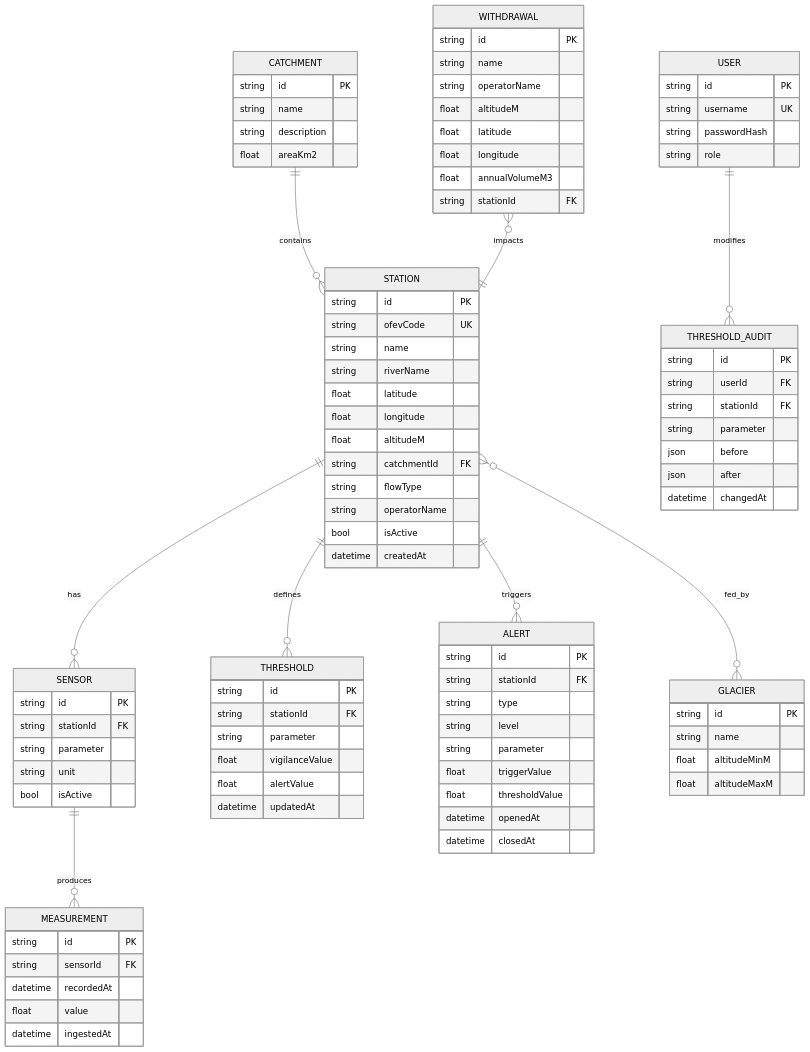
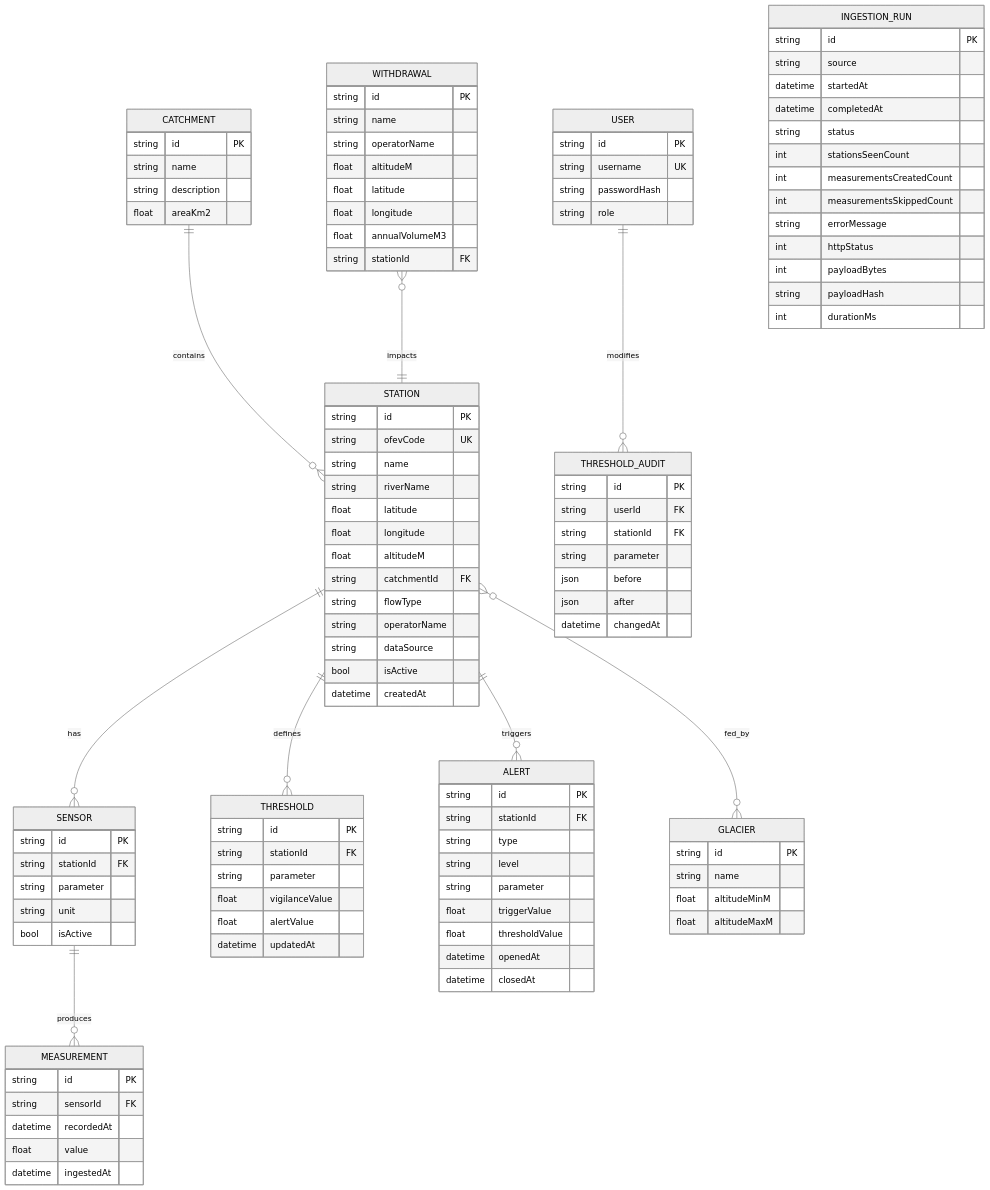
The diagram in docs/architecture/data-model.md (sodigitaljeremy/alpimonitor), drawn with Mermaid (neutral theme) before and after one commit. The commit also changed other lines of this file and 2 other files, not shown here.

First line of the commit message:
docs(adr): adopt LINDAS SPARQL as hydro data source (ADR-007)

```diff
--- a/docs/architecture/data-model.md
+++ b/docs/architecture/data-model.md
@@ -34,8 +34,25 @@
         string catchmentId FK
         string flowType
         string operatorName
+        string dataSource
         bool isActive
         datetime createdAt
+    }
+
+    INGESTION_RUN {
+        string id PK
+        string source
+        datetime startedAt
+        datetime completedAt
+        string status
+        int stationsSeenCount
+        int measurementsCreatedCount
+        int measurementsSkippedCount
+        string errorMessage
+        int httpStatus
+        int payloadBytes
+        string payloadHash
+        int durationMs
     }
 
     SENSOR {
```
